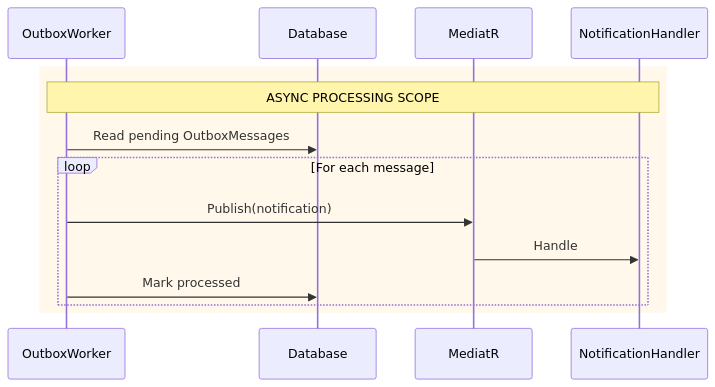
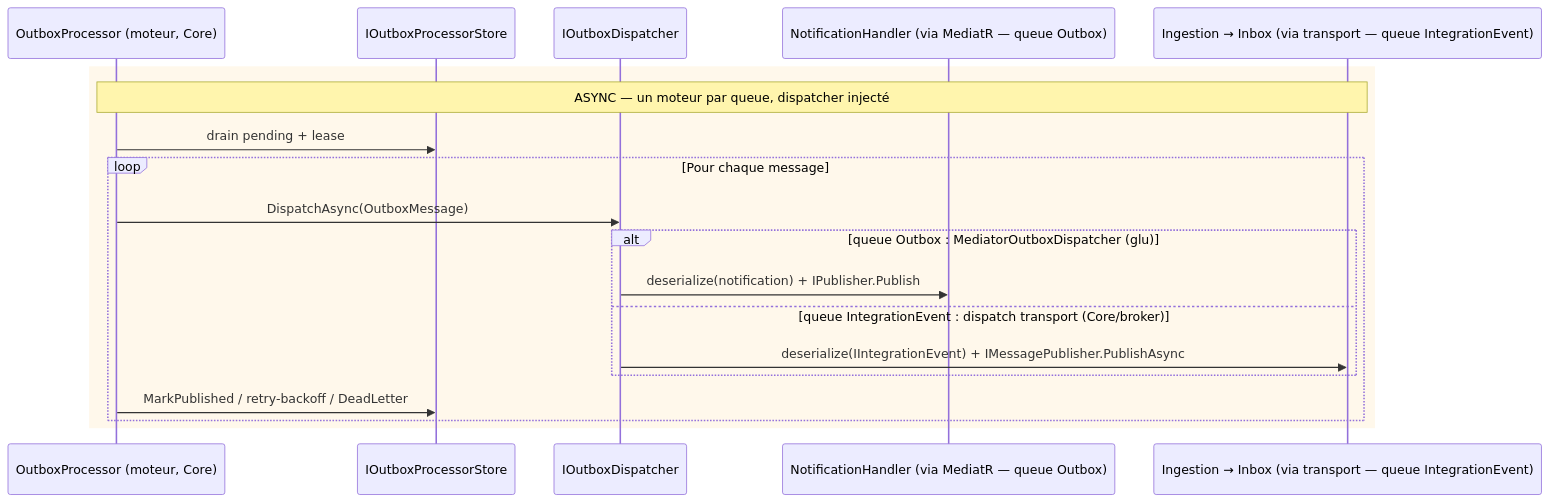
Before and after one commit to michaelatsey/microkit: the third of 3 diagrams in modules/MicroKit.MediatR/.claude-context/context/transaction-behavior-design.md, drawn with Mermaid. The commit also changed other lines of this file and 57 other files, not shown here.

````diff
--- a/modules/MicroKit.MediatR/.claude-context/context/transaction-behavior-design.md
+++ b/modules/MicroKit.MediatR/.claude-context/context/transaction-behavior-design.md
@@ -97,18 +187,22 @@
 ```mermaid
 sequenceDiagram
-    participant W as OutboxWorker
-    participant DB as Database
-    participant MR as MediatR
-    participant NH as NotificationHandler
+    participant OP as OutboxProcessor (moteur, Core)
+    participant ST as IOutboxProcessorStore
+    participant DSP as IOutboxDispatcher
+    participant NH as NotificationHandler (via MediatR — queue Outbox)
+    participant ING as Ingestion → Inbox (via transport — queue IntegrationEvent)
 
     rect rgb(255, 248, 235)
-        Note over W,NH: ASYNC PROCESSING SCOPE
-
-        W->>DB: Read pending OutboxMessages
-        loop For each message
-            W->>MR: Publish(notification)
-            MR->>NH: Handle
-            W->>DB: Mark processed
+        Note over OP,ING: ASYNC — un moteur par queue, dispatcher injecté
+        OP->>ST: drain pending + lease
+        loop Pour chaque message
+            OP->>DSP: DispatchAsync(OutboxMessage)
+            alt queue Outbox : MediatorOutboxDispatcher (glu)
+                DSP->>NH: deserialize(notification) + IPublisher.Publish
+            else queue IntegrationEvent : dispatch transport (Core/broker)
+                DSP->>ING: deserialize(IIntegrationEvent) + IMessagePublisher.PublishAsync
+            end
+            OP->>ST: MarkPublished / retry-backoff / DeadLetter
         end
     end
 ```
````
